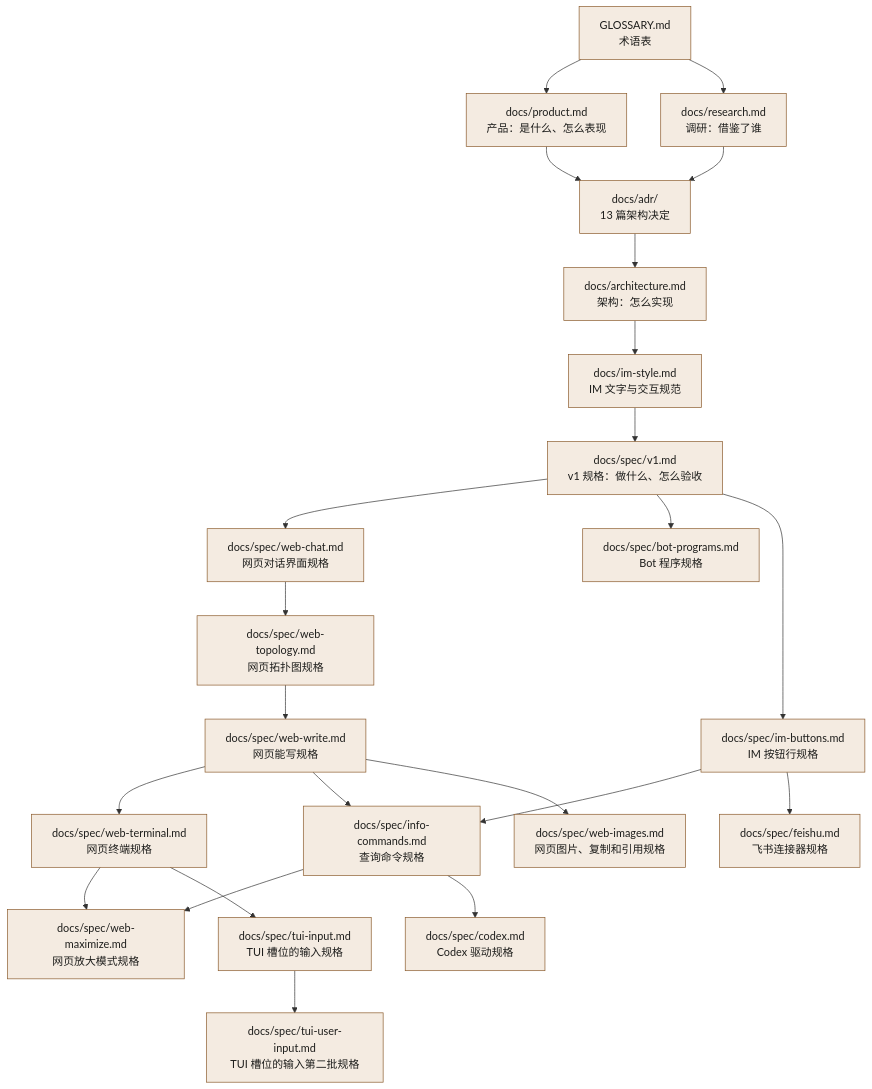
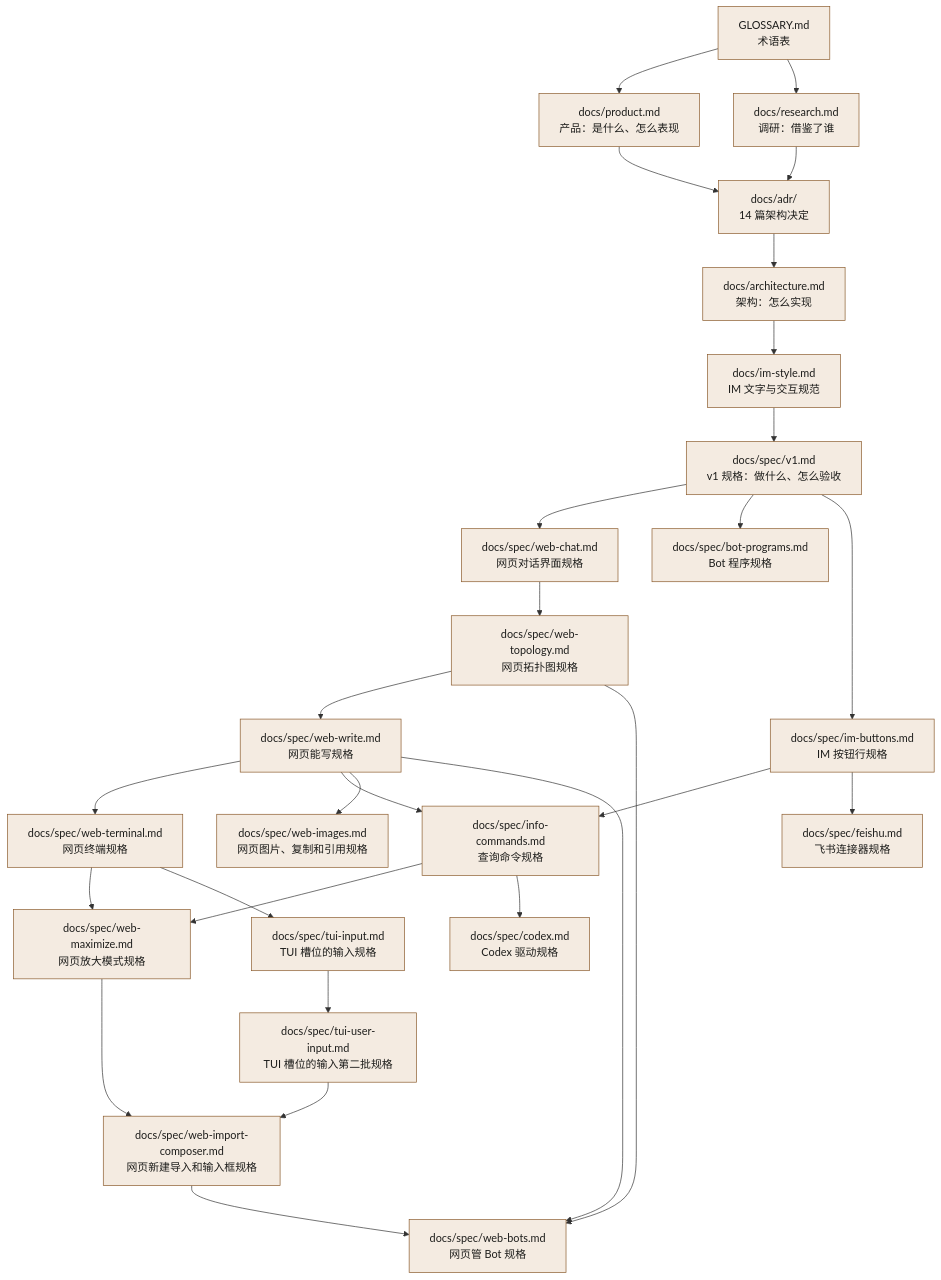
The diagram in docs/README.md (RhodiumTeam/Rhodium), drawn with Mermaid before and after one commit. The commit also changed other lines of this file and 93 other files, not shown here.

````diff
--- a/docs/README.md
+++ b/docs/README.md
@@ -11,46 +11,53 @@
 ```mermaid
 flowchart TD
   classDef doc fill:#f4ebe1,stroke:#8a5a2b,color:#1d1d1b
   G["GLOSSARY.md<br/>术语表"]:::doc
   P["docs/product.md<br/>产品：是什么、怎么表现"]:::doc
   R["docs/research.md<br/>调研：借鉴了谁"]:::doc
-  D["docs/adr/<br/>13 篇架构决定"]:::doc
+  D["docs/adr/<br/>14 篇架构决定"]:::doc
   A["docs/architecture.md<br/>架构：怎么实现"]:::doc
   S["docs/spec/v1.md<br/>v1 规格：做什么、怎么验收"]:::doc
   SW["docs/spec/web-chat.md<br/>网页对话界面规格"]:::doc
   ST["docs/spec/web-topology.md<br/>网页拓扑图规格"]:::doc
   S2["docs/spec/bot-programs.md<br/>Bot 程序规格"]:::doc
   SR["docs/spec/web-write.md<br/>网页能写规格"]:::doc
   TE["docs/spec/web-terminal.md<br/>网页终端规格"]:::doc
   SI["docs/spec/im-buttons.md<br/>IM 按钮行规格"]:::doc
   SQ["docs/spec/info-commands.md<br/>查询命令规格"]:::doc
   SM["docs/spec/web-maximize.md<br/>网页放大模式规格"]:::doc
   SF["docs/spec/feishu.md<br/>飞书连接器规格"]:::doc
   SC["docs/spec/codex.md<br/>Codex 驱动规格"]:::doc
   SG["docs/spec/web-images.md<br/>网页图片、复制和引用规格"]:::doc
   TI["docs/spec/tui-input.md<br/>TUI 槽位的输入规格"]:::doc
   TU["docs/spec/tui-user-input.md<br/>TUI 槽位的输入第二批规格"]:::doc
+  WI["docs/spec/web-import-composer.md<br/>网页新建导入和输入框规格"]:::doc
+  WB["docs/spec/web-bots.md<br/>网页管 Bot 规格"]:::doc
   I["docs/im-style.md<br/>IM 文字与交互规范"]:::doc
   G --> P
   G --> R
   P --> D
   R --> D
   D --> A
   A --> I
   I --> S
   S --> SW
   SW --> ST
   S --> S2
   ST --> SR
   SR --> TE
   S --> SI
   SR --> SQ
   SI --> SQ
   TE --> SM
   SQ --> SM
   SI --> SF
   SQ --> SC
   SR --> SG
   TE --> TI
   TI --> TU
+  SM --> WI
+  TU --> WI
+  WI --> WB
+  ST --> WB
+  SR --> WB
 ```
````
